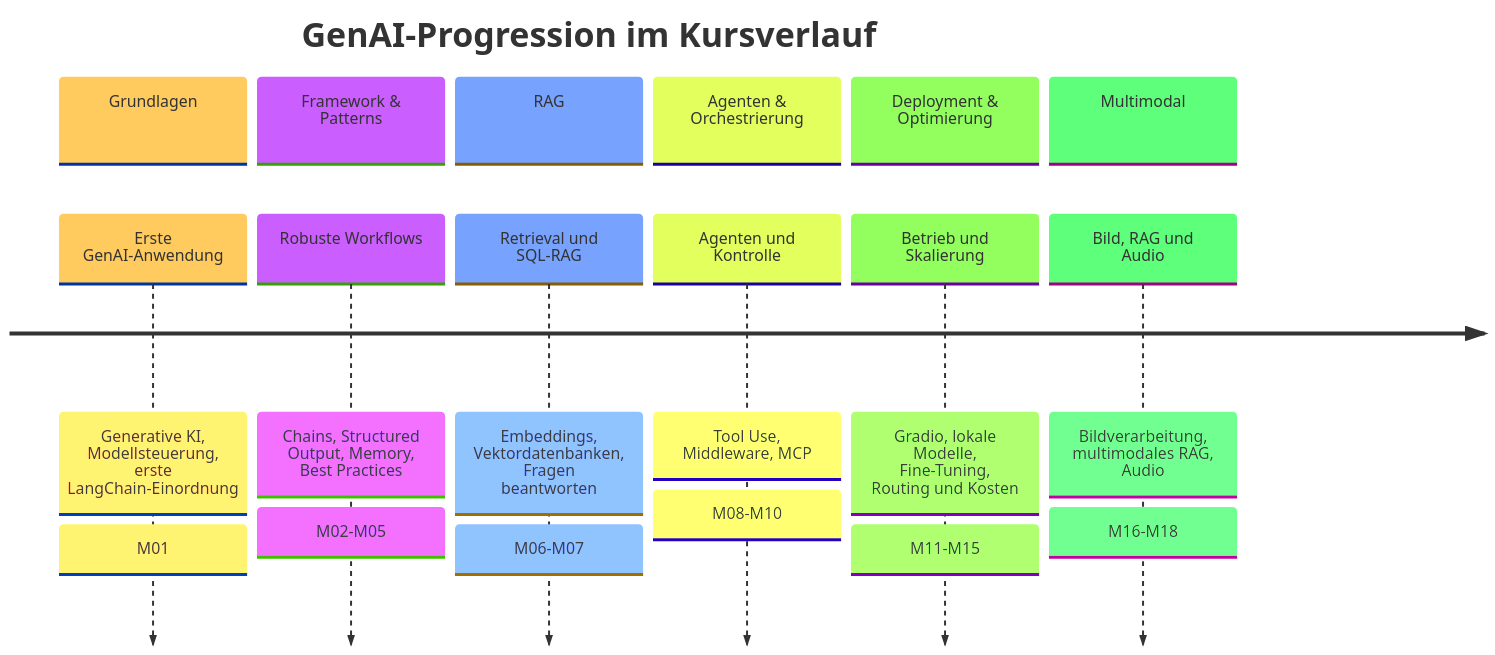
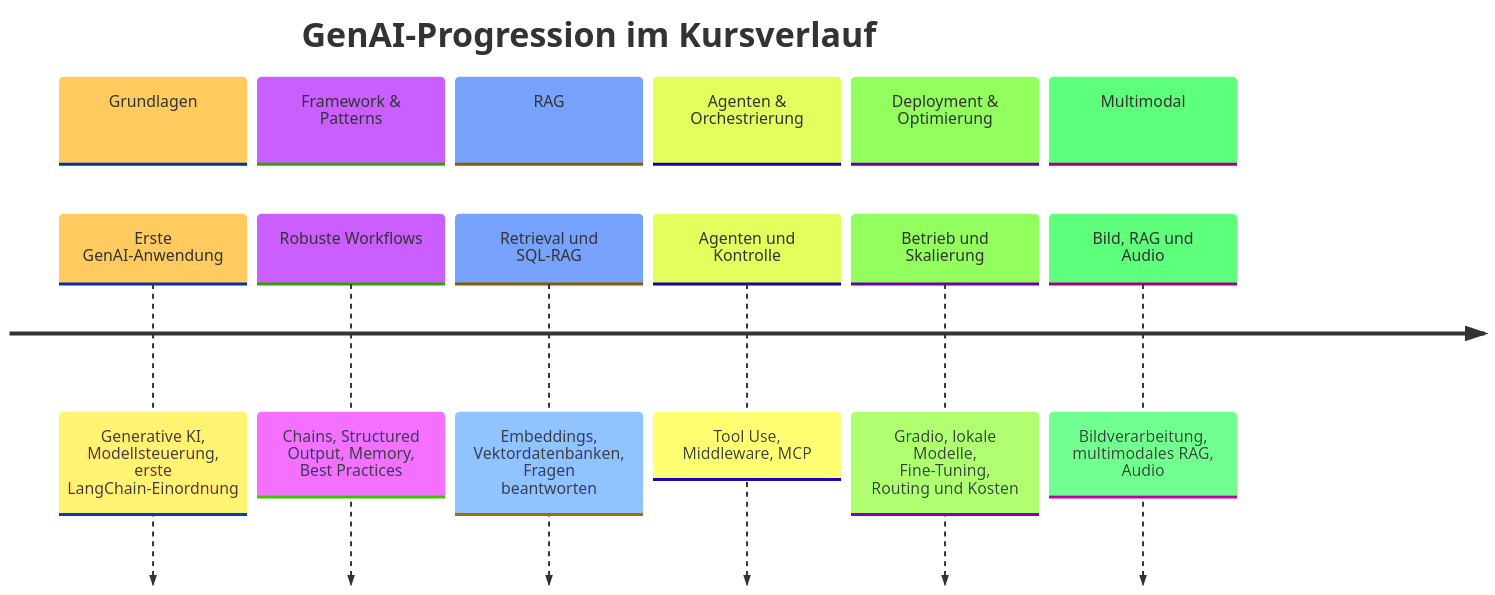
The diagram in docs/02-orientierung/kursueberblick.md (ralf-42/GenAI), drawn with Mermaid before and after one commit. The commit also changed other lines of this file and 45 other files, not shown here.

````diff
--- a/docs/02-orientierung/kursueberblick.md
+++ b/docs/02-orientierung/kursueberblick.md
@@ -73,35 +73,29 @@
 ```mermaid
 ---
 config:
   theme: base
   look: classic
   themeVariables:
     timelineLineColor: '#2e7d32'
     sectionBkgColor: '#c8e6c9'
     sectionTextColor: '#1b5e20'
     containerBkgColor: '#f9f9f9'
     taskBkgColor: '#e8f5e9'
     taskTextColor: '#1b5e20'
 ---
 
 timeline
     title GenAI-Progression im Kursverlauf
     section Grundlagen
         Erste GenAI-Anwendung : Generative KI, Modellsteuerung, erste LangChain-Einordnung
-                              : M01
     section Framework & Patterns
         Robuste Workflows     : Chains, Structured Output, Memory, Best Practices
-                              : M02-M05
     section RAG
         Retrieval und SQL-RAG : Embeddings, Vektordatenbanken, Fragen beantworten
-                              : M06-M07
     section Agenten & Orchestrierung
         Agenten und Kontrolle : Tool Use, Middleware, MCP
-                              : M08-M10
     section Deployment & Optimierung
         Betrieb und Skalierung : Gradio, lokale Modelle, Fine-Tuning, Routing und Kosten
-                              : M11-M15
     section Multimodal
         Bild, RAG und Audio   : Bildverarbeitung, multimodales RAG, Audio
-                              : M16-M18
 ```
````
